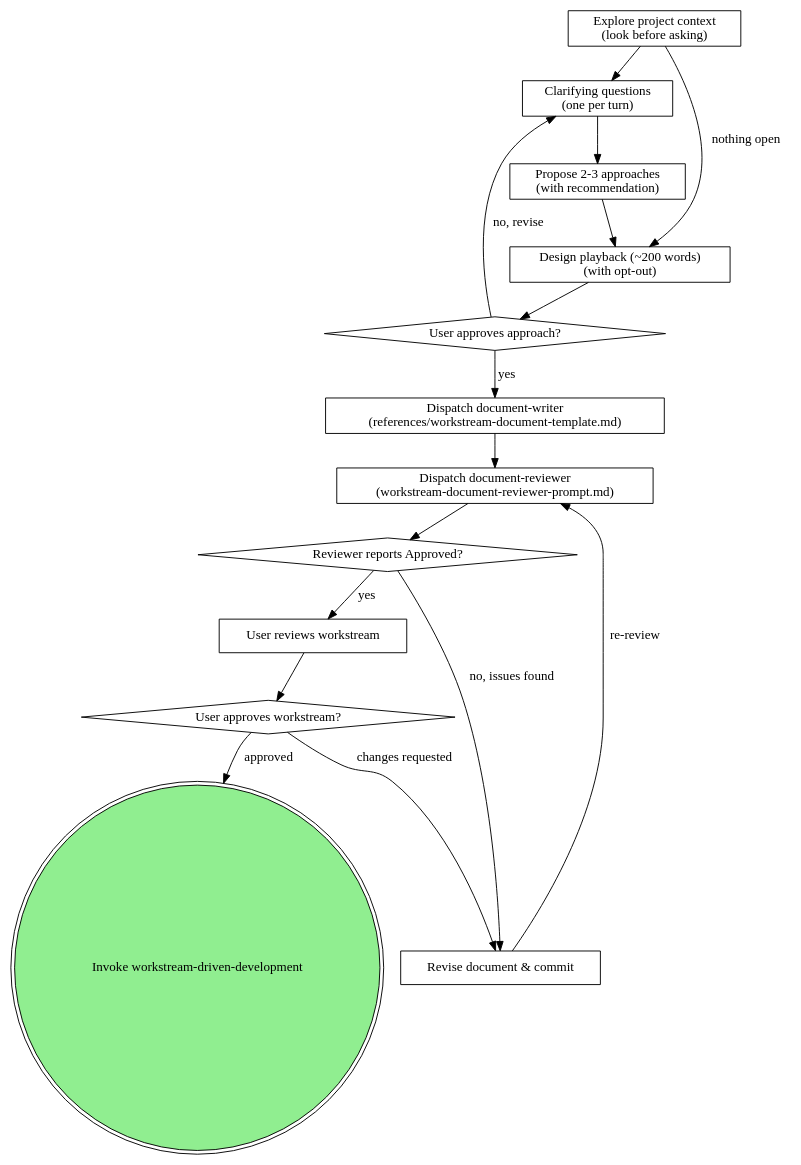
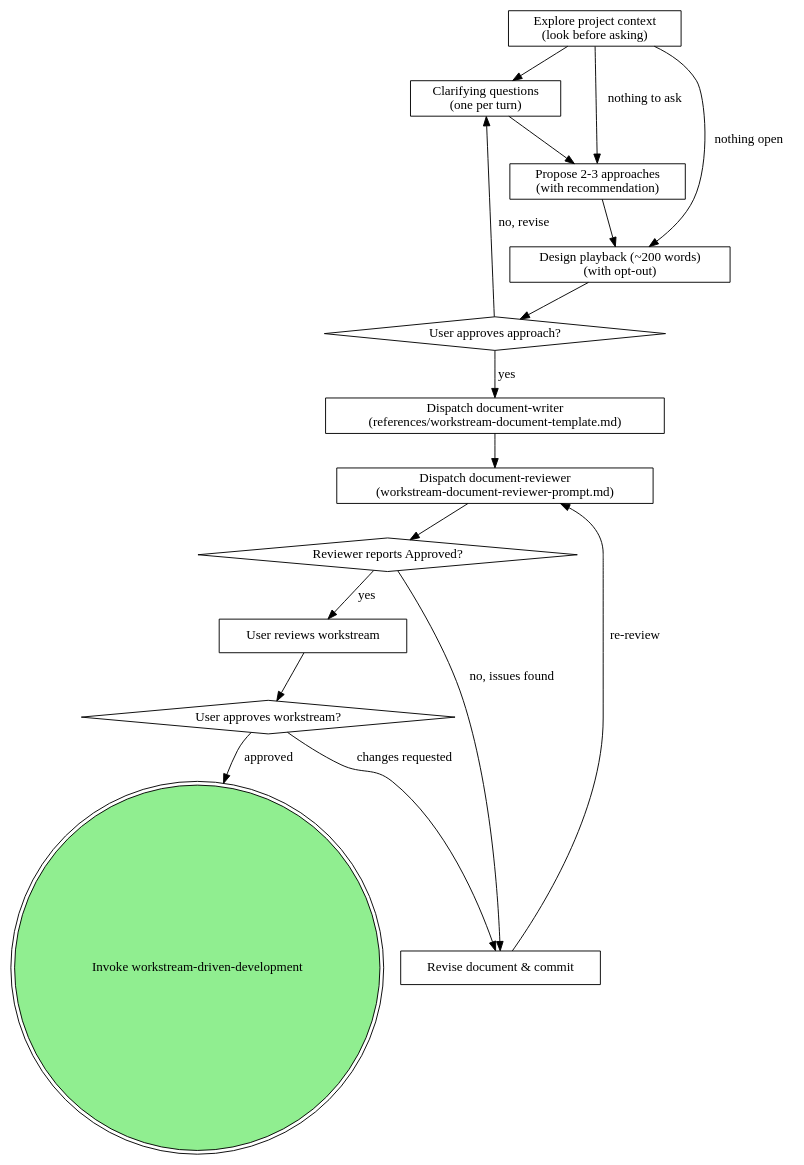
One commit to dtbndr/solopowers changed the diagram in skills/workstream-brainstorming/SKILL.md. Above: the diagram before and after it, drawn with Graphviz. The commit also changed other lines of this file, not shown here.

````diff
--- a/skills/workstream-brainstorming/SKILL.md
+++ b/skills/workstream-brainstorming/SKILL.md
@@ -91,32 +92,33 @@
 ```dot
 digraph workstream_brainstorming {
     "Explore project context\n(look before asking)" [shape=box];
     "Clarifying questions\n(one per turn)" [shape=box];
     "Propose 2-3 approaches\n(with recommendation)" [shape=box];
     "Design playback (~200 words)\n(with opt-out)" [shape=box];
     "User approves approach?" [shape=diamond];
     "Dispatch document-writer\n(references/workstream-document-template.md)" [shape=box];
     "Dispatch document-reviewer\n(workstream-document-reviewer-prompt.md)" [shape=box];
     "Reviewer reports Approved?" [shape=diamond];
     "Revise document & commit" [shape=box];
     "User reviews workstream" [shape=box];
     "User approves workstream?" [shape=diamond];
     "Invoke workstream-driven-development" [shape=doublecircle style=filled fillcolor=lightgreen];
 
     "Explore project context\n(look before asking)" -> "Clarifying questions\n(one per turn)";
     "Explore project context\n(look before asking)" -> "Design playback (~200 words)\n(with opt-out)" [label="nothing open"];
+    "Explore project context\n(look before asking)" -> "Propose 2-3 approaches\n(with recommendation)" [label="nothing to ask"];
     "Clarifying questions\n(one per turn)" -> "Propose 2-3 approaches\n(with recommendation)";
     "Propose 2-3 approaches\n(with recommendation)" -> "Design playback (~200 words)\n(with opt-out)";
     "Design playback (~200 words)\n(with opt-out)" -> "User approves approach?";
     "User approves approach?" -> "Clarifying questions\n(one per turn)" [label="no, revise"];
     "User approves approach?" -> "Dispatch document-writer\n(references/workstream-document-template.md)" [label="yes"];
     "Dispatch document-writer\n(references/workstream-document-template.md)" -> "Dispatch document-reviewer\n(workstream-document-reviewer-prompt.md)";
     "Dispatch document-reviewer\n(workstream-document-reviewer-prompt.md)" -> "Reviewer reports Approved?";
     "Reviewer reports Approved?" -> "Revise document & commit" [label="no, issues found"];
     "Revise document & commit" -> "Dispatch document-reviewer\n(workstream-document-reviewer-prompt.md)" [label="re-review"];
     "Reviewer reports Approved?" -> "User reviews workstream" [label="yes"];
     "User reviews workstream" -> "User approves workstream?";
     "User approves workstream?" -> "Revise document & commit" [label="changes requested"];
     "User approves workstream?" -> "Invoke workstream-driven-development" [label="approved"];
 }
 ```
````
